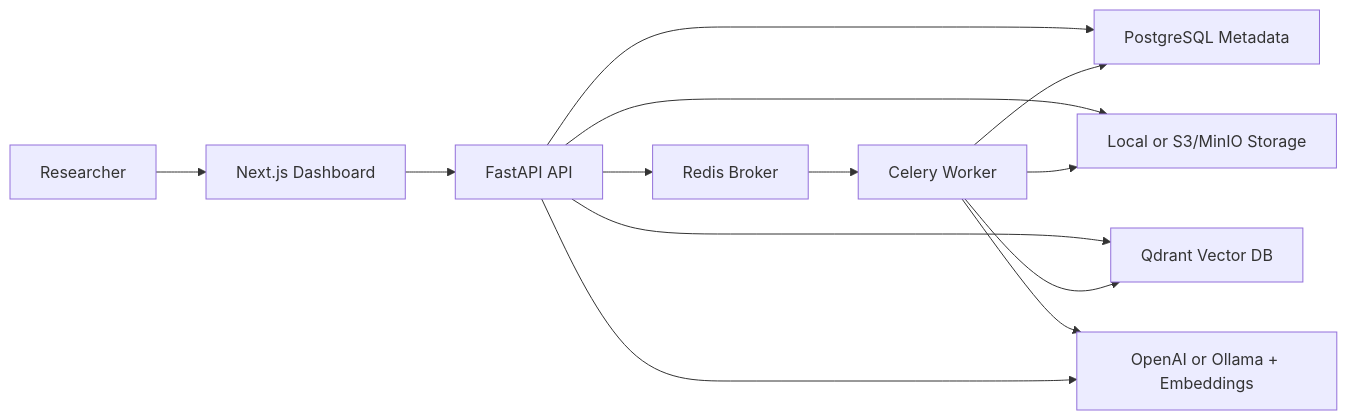
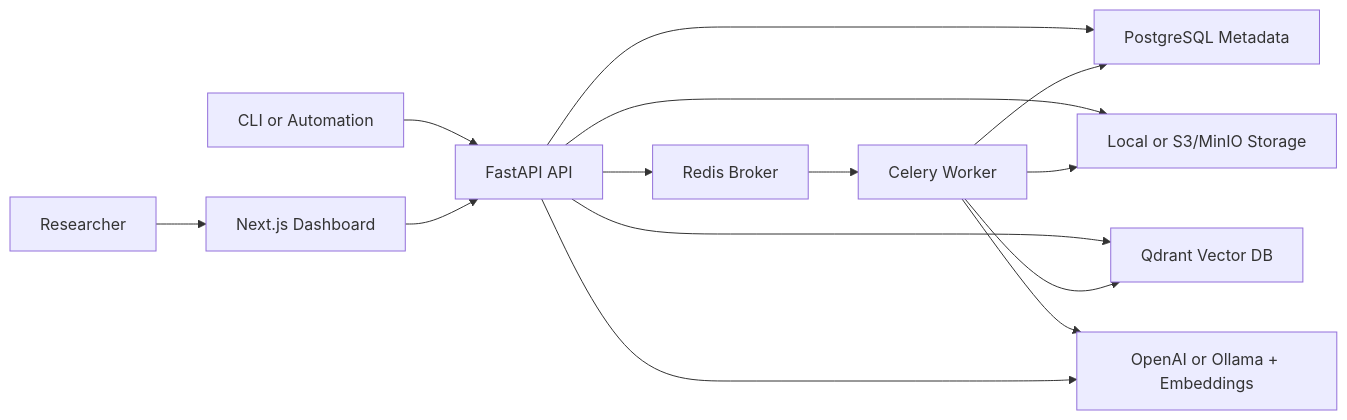
One commit to jahanzaibwakeel/semantic-research-assistant changed the diagram in docs/ARCHITECTURE.md. Above: the diagram before and after it, drawn with Mermaid. The commit also changed other lines of this file and 4 other files, not shown here.

Commit message:
Add API usage docs and CLI client

````diff
--- a/docs/ARCHITECTURE.md
+++ b/docs/ARCHITECTURE.md
@@ -7,15 +7,16 @@
 ```mermaid
 flowchart LR
     User["Researcher"] --> UI["Next.js Dashboard"]
+    Script["CLI or Automation"] --> API
     UI --> API["FastAPI API"]
     API --> DB["PostgreSQL Metadata"]
     API --> Redis["Redis Broker"]
     API --> Qdrant["Qdrant Vector DB"]
     API --> Storage["Local or S3/MinIO Storage"]
     Redis --> Worker["Celery Worker"]
     Worker --> Storage
     Worker --> Qdrant
     Worker --> DB
     Worker --> Models["OpenAI or Ollama + Embeddings"]
     API --> Models
 ```
````
